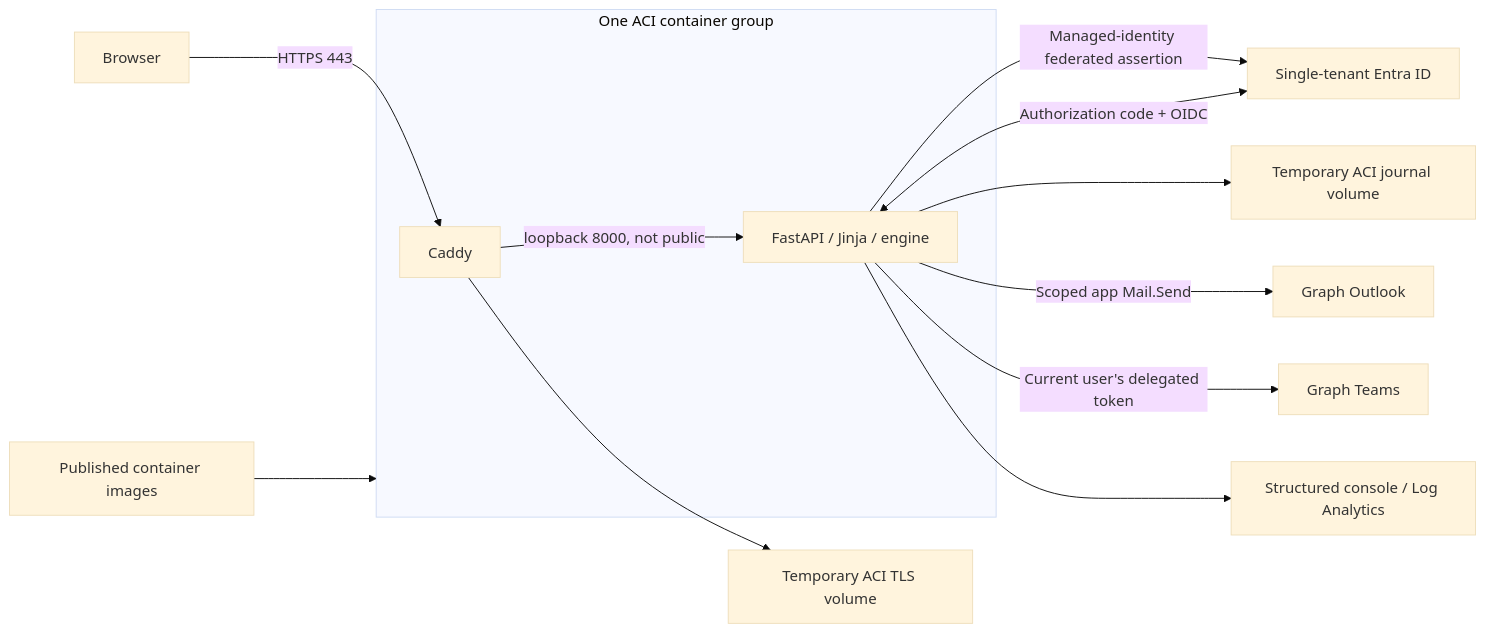
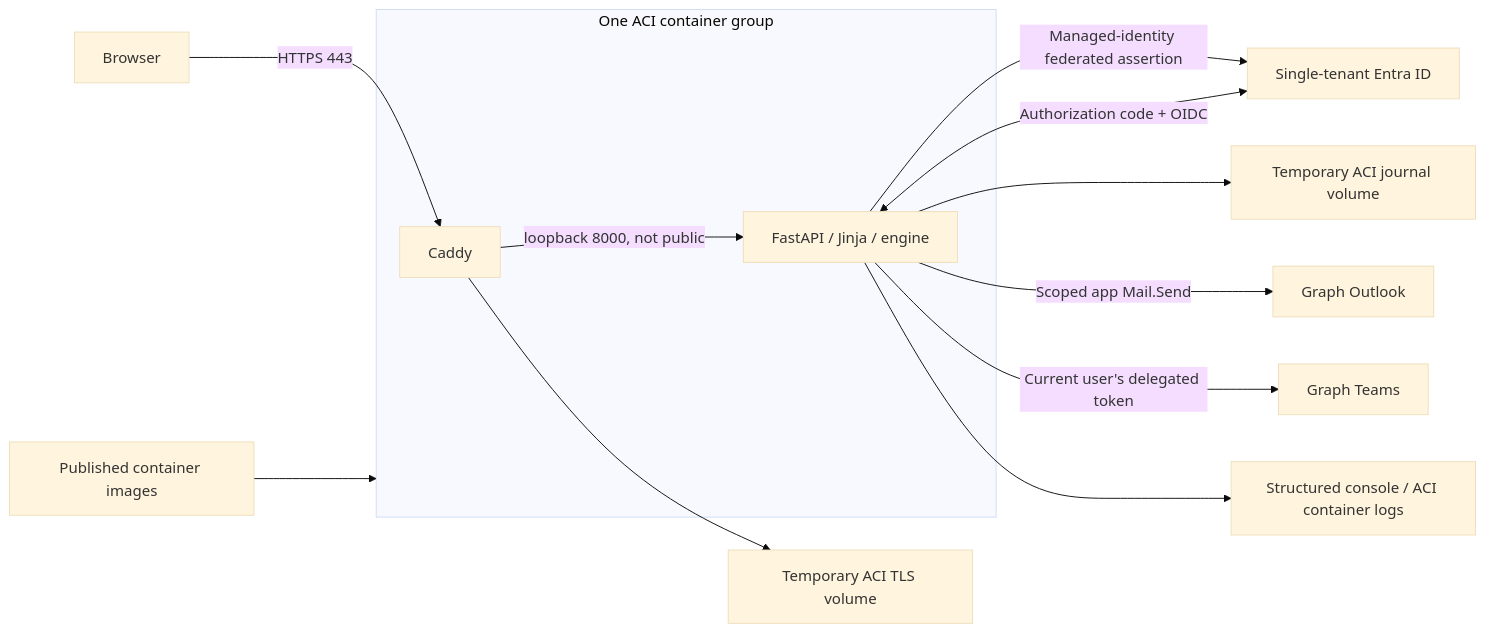
Before and after one commit to koenraadhaedens/azd-importer-teams-outlook-demodata: the diagram in README.md, drawn with Mermaid (base theme). The commit also changed other lines of this file and 13 other files, not shown here.

Commit message:
feat: Remove Key Vault and Log Analytics provisioning to reduce resource count and costs; update documentation accordingly

````diff
--- a/README.md
+++ b/README.md
@@ -15,15 +15,15 @@
 ```mermaid
 flowchart LR
     Browser -->|HTTPS 443| Caddy
     Entra[Single-tenant Entra ID] <-->|Authorization code + OIDC| App
     subgraph ACI[One ACI container group]
       Caddy -->|loopback 8000, not public| App[FastAPI / Jinja / engine]
     end
     Caddy --> Certs[Temporary ACI TLS volume]
     App -->|Managed-identity federated assertion| Entra
     App --> Journal[Temporary ACI journal volume]
     App -->|Scoped app Mail.Send| Mail[Graph Outlook]
     App -->|Current user's delegated token| Teams[Graph Teams]
-    App --> Logs[Structured console / Log Analytics]
+    App --> Logs[Structured console / ACI container logs]
     ACR[Published container images] --> ACI
 ```
````
